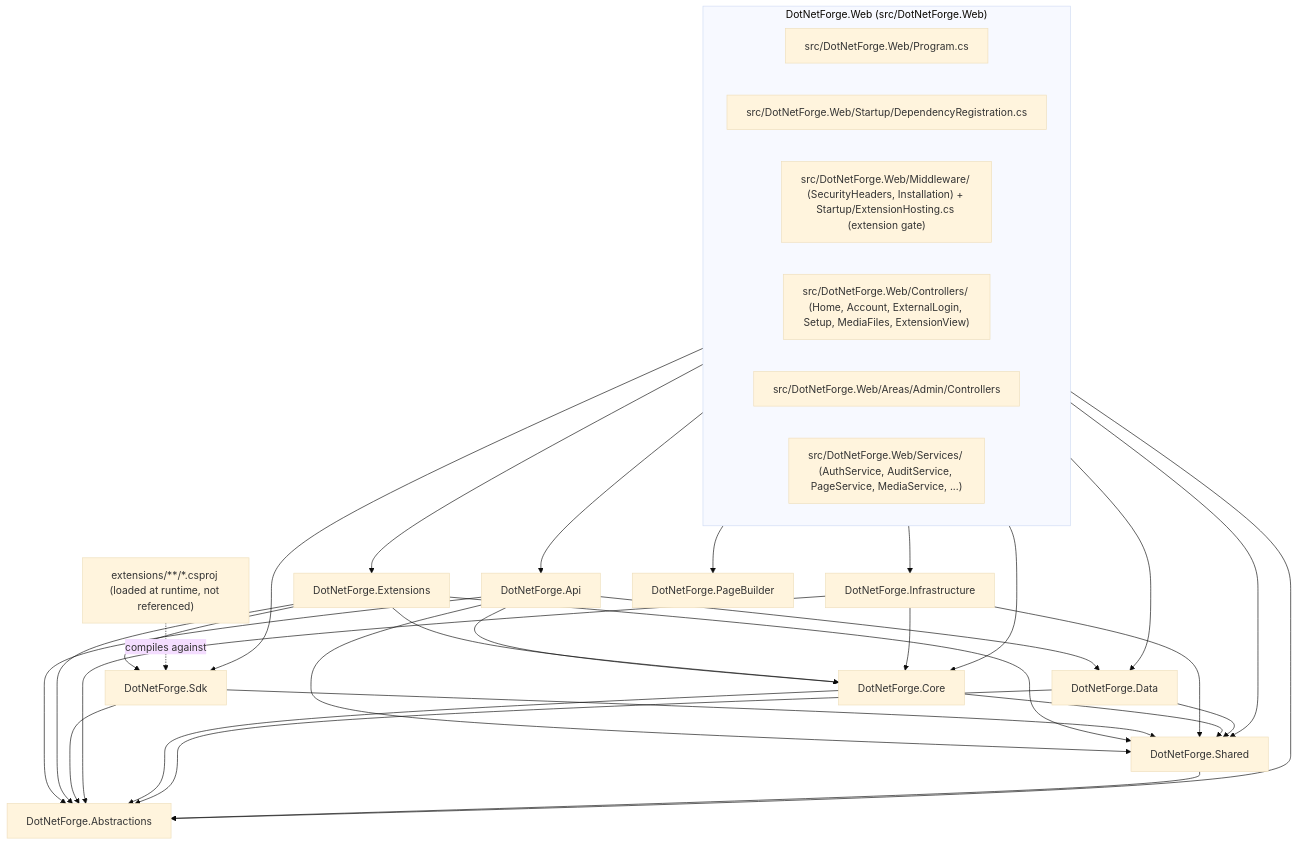
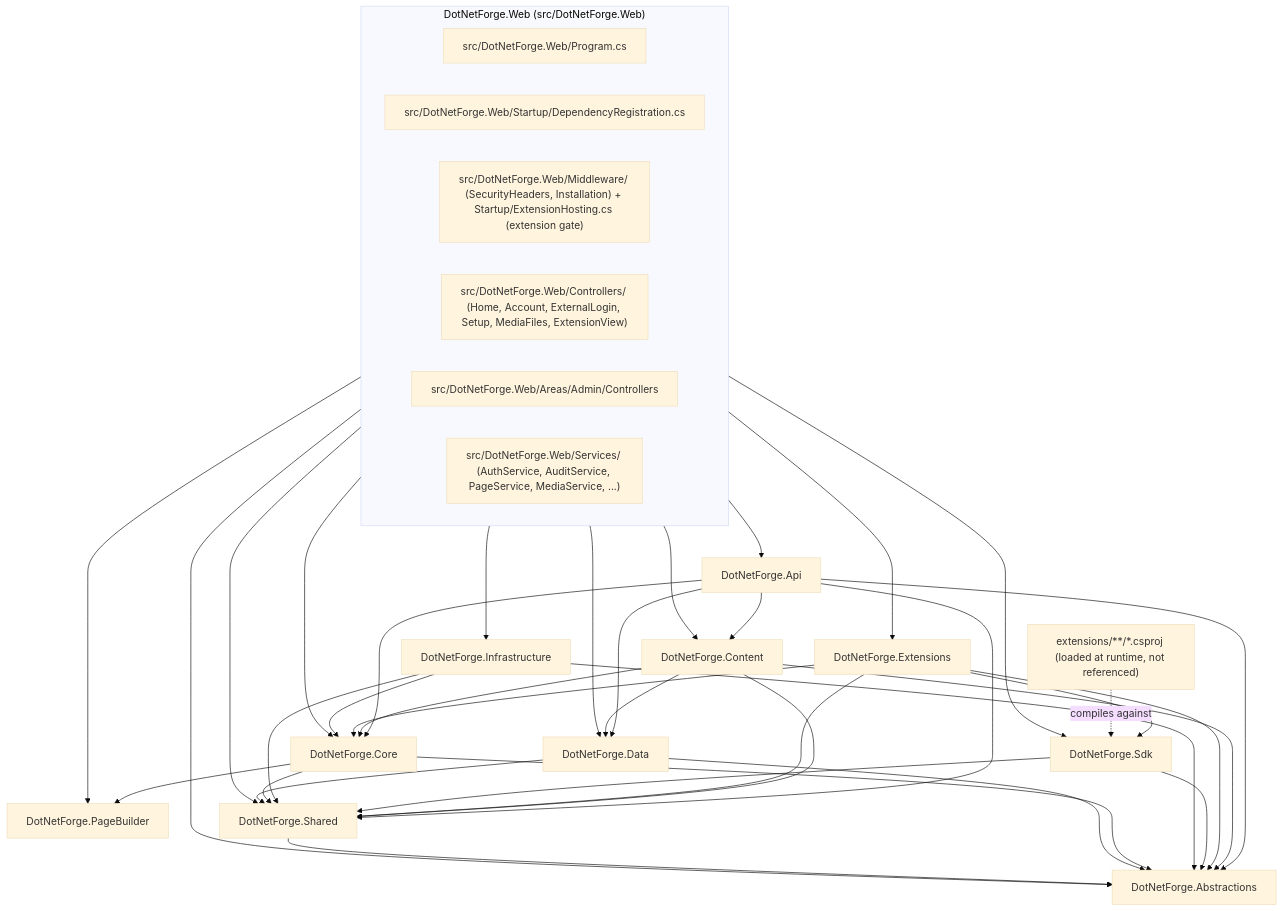
The first of 2 diagrams in .docs/architecture/codebase.md (Albadit/DotNetForge), drawn with Mermaid (base theme) before and after one commit. The commit also changed other lines of this file and 306 other files, not shown here.

Commit message:
add: content manager, content types and api endpoints

````diff
--- a/.docs/architecture/codebase.md
+++ b/.docs/architecture/codebase.md
@@ -56,31 +57,33 @@
 ```mermaid
 flowchart TB
     subgraph Host["DotNetForge.Web (src/DotNetForge.Web)"]
         Program["src/DotNetForge.Web/Program.cs"]
         DI["src/DotNetForge.Web/Startup/DependencyRegistration.cs"]
         MW["src/DotNetForge.Web/Middleware/ (SecurityHeaders, Installation) + Startup/ExtensionHosting.cs (extension gate)"]
         PubCtl["src/DotNetForge.Web/Controllers/ (Home, Account, ExternalLogin, Setup, MediaFiles, ExtensionView)"]
         AdminCtl["src/DotNetForge.Web/Areas/Admin/Controllers"]
         Svc["src/DotNetForge.Web/Services/ (AuthService, AuditService, PageService, MediaService, ...)"]
     end
     Api["DotNetForge.Api"]
     Ext["DotNetForge.Extensions"]
     Sdk["DotNetForge.Sdk"]
     ExtCode["extensions/**/*.csproj (loaded at runtime, not referenced)"]
     Infra["DotNetForge.Infrastructure"]
     PB["DotNetForge.PageBuilder"]
+    Cnt["DotNetForge.Content"]
     Core["DotNetForge.Core"]
     Data["DotNetForge.Data"]
     Shared["DotNetForge.Shared"]
     Abs["DotNetForge.Abstractions"]
 
-    Host --> Api & Ext & Sdk & Infra & Core & Data & Shared & Abs & PB
-    Api --> Core & Data & Shared & Abs
+    Host --> Api & Ext & Sdk & Infra & Core & Data & Shared & Abs & PB & Cnt
+    Api --> Cnt & Core & Data & Shared & Abs
+    Cnt --> Core & Data & Shared & Abs
     Ext --> Sdk & Core & Shared & Abs
     Sdk --> Shared & Abs
     ExtCode -. compiles against .-> Sdk
     Infra --> Core & Shared & Abs
-    Core --> Shared & Abs
+    Core --> Shared & Abs & PB
     Data --> Shared & Abs
     Shared --> Abs
 ```
````
